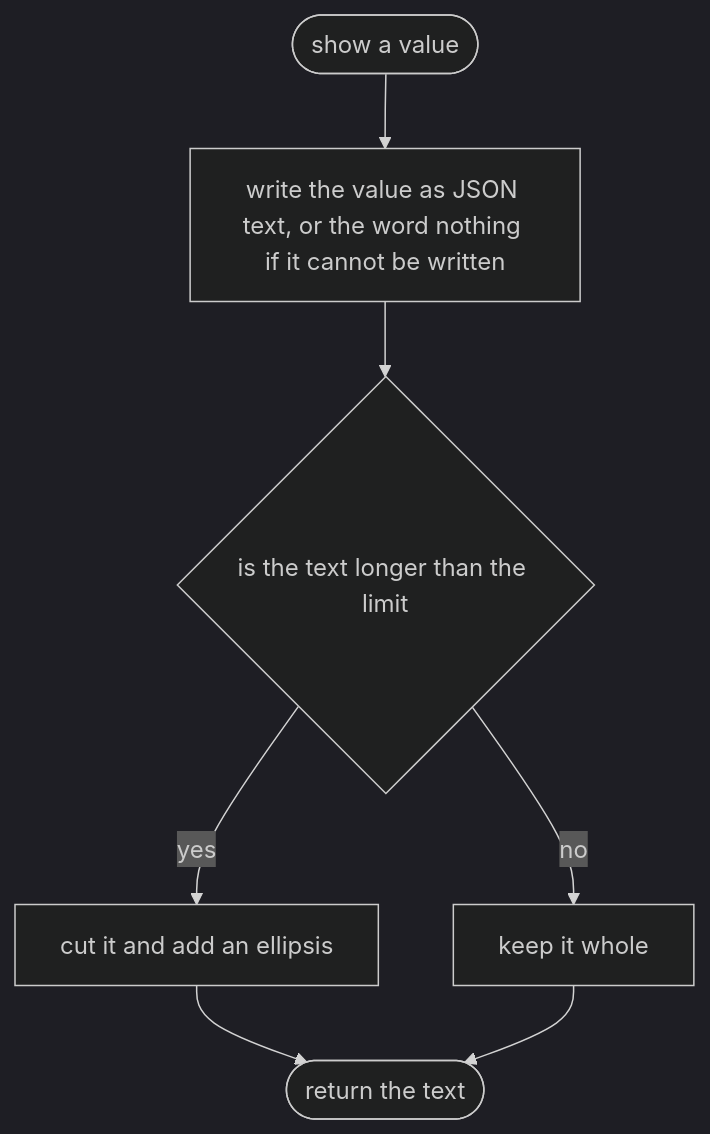
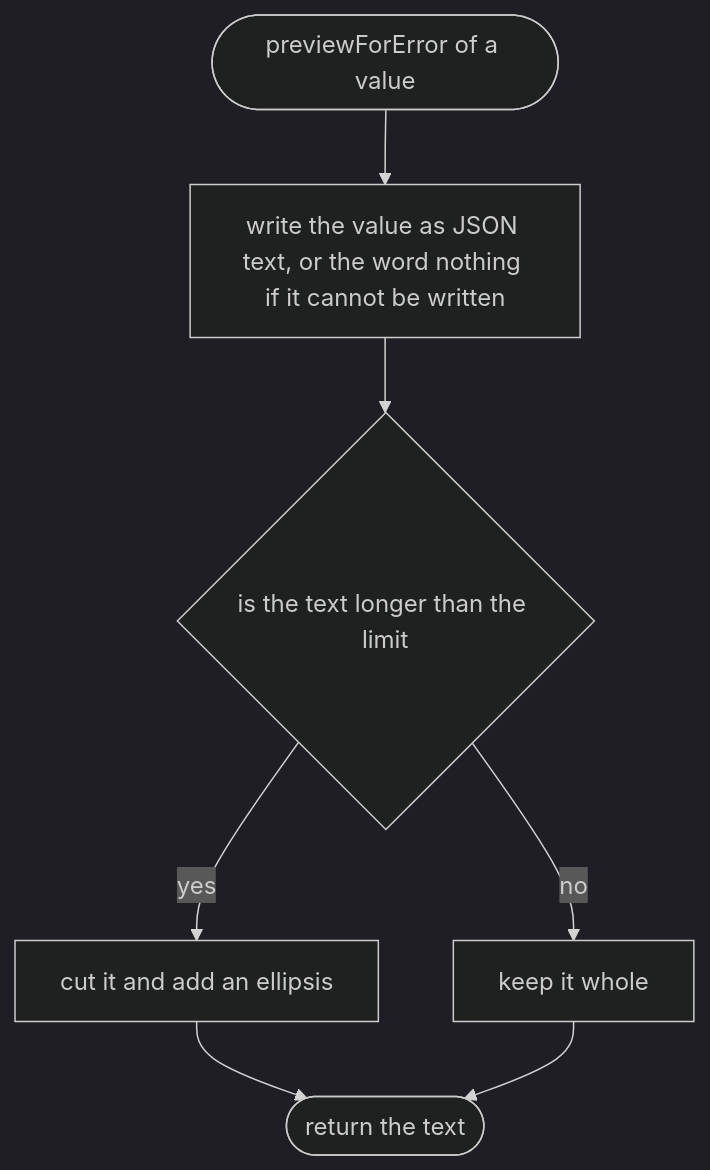
One commit to NewDara-Star/world-engine changed the first of 37 diagrams in docs/designs/src/place/parse.md. Above: the diagram before and after it, drawn with Mermaid (dark theme). The commit also changed other lines of this file and 9 other files, not shown here.

````diff
--- a/docs/designs/src/place/parse.md
+++ b/docs/designs/src/place/parse.md
@@ -11,15 +20,15 @@
 ```mermaid
 flowchart TD
-  s(["show a value"])
+  s(["previewForError of a value"])
   a["write the value as JSON text, or the word nothing if it cannot be written"]
   b{"is the text longer than the limit"}
   c["cut it and add an ellipsis"]
   d["keep it whole"]
   e(["return the text"])
   s --> a
   a --> b
   b -->|"yes"| c
   b -->|"no"| d
   c --> e
   d --> e
 ```
````
